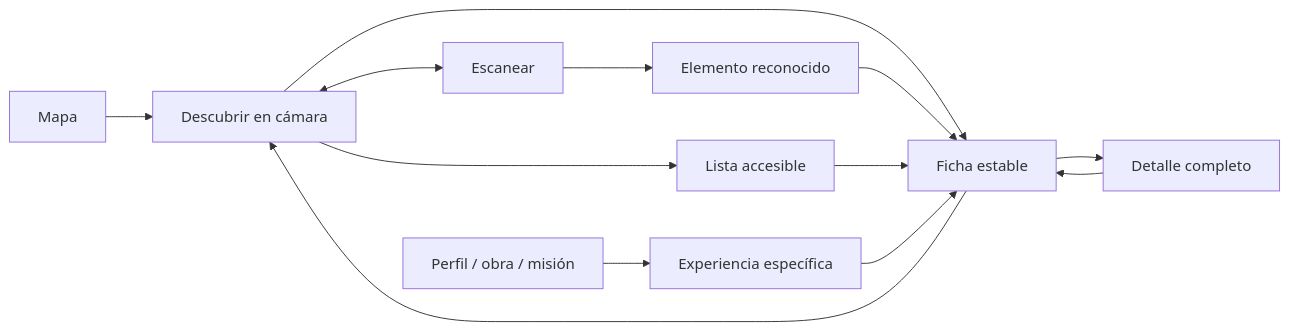
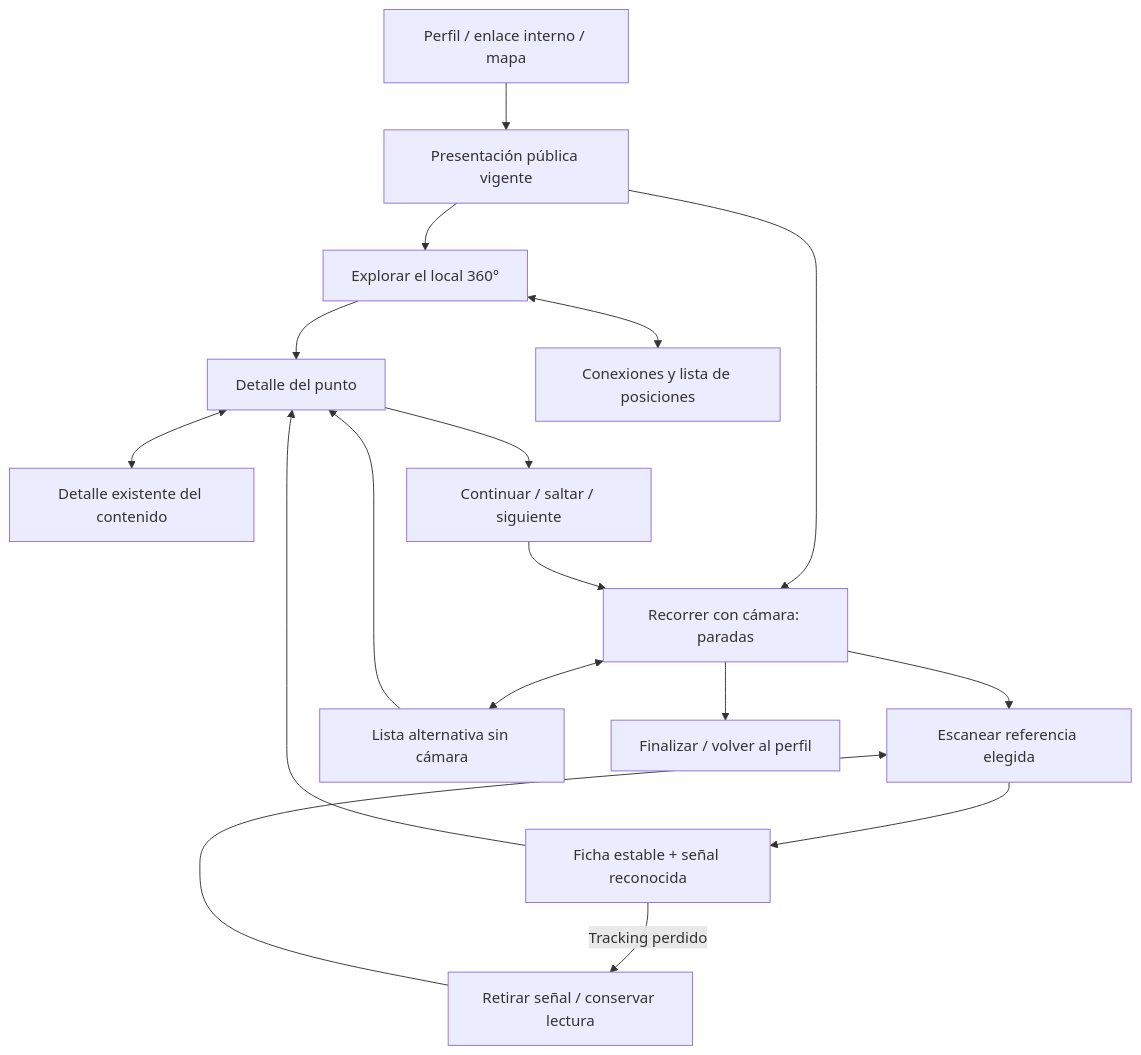
One commit to Mukinma/MAREA changed the second of 2 diagrams in docs/ar-experience-design.md. Above: the diagram before and after it, drawn with Mermaid. The commit also changed other lines of this file and 239 other files, not shown here.

````diff
--- a/docs/ar-experience-design.md
+++ b/docs/ar-experience-design.md
@@ -15,15 +107,19 @@
 ```mermaid
-flowchart LR
-  M[Mapa] --> D[Descubrir en cámara]
-  P[Perfil / obra / misión] --> E[Experiencia específica]
-  D <--> S[Escanear]
-  D --> F[Ficha estable]
-  S --> R[Elemento reconocido]
-  R --> F
-  F --> T[Detalle completo]
-  T --> F
-  F --> D
-  D --> L[Lista accesible]
-  L --> F
-  E --> F
+flowchart TD
+  Perfil[Perfil / enlace interno / mapa] --> Presentacion[Presentación pública vigente]
+  Presentacion --> Esfera[Explorar el local 360°]
+  Esfera --> Punto[Detalle del punto]
+  Esfera <--> Posicion[Conexiones y lista de posiciones]
+  Presentacion --> Paradas[Recorrer con cámara: paradas]
+  Paradas --> Escaneo[Escanear referencia elegida]
+  Escaneo --> Ficha[Ficha estable + señal reconocida]
+  Ficha -->|Tracking perdido| Reencuadrar[Retirar señal / conservar lectura]
+  Reencuadrar --> Escaneo
+  Paradas <--> Lista[Lista alternativa sin cámara]
+  Lista --> Punto
+  Ficha --> Punto
+  Punto <--> Detalle[Detalle existente del contenido]
+  Punto --> Siguiente[Continuar / saltar / siguiente]
+  Siguiente --> Paradas
+  Paradas --> Fin[Finalizar / volver al perfil]
 ```
````
